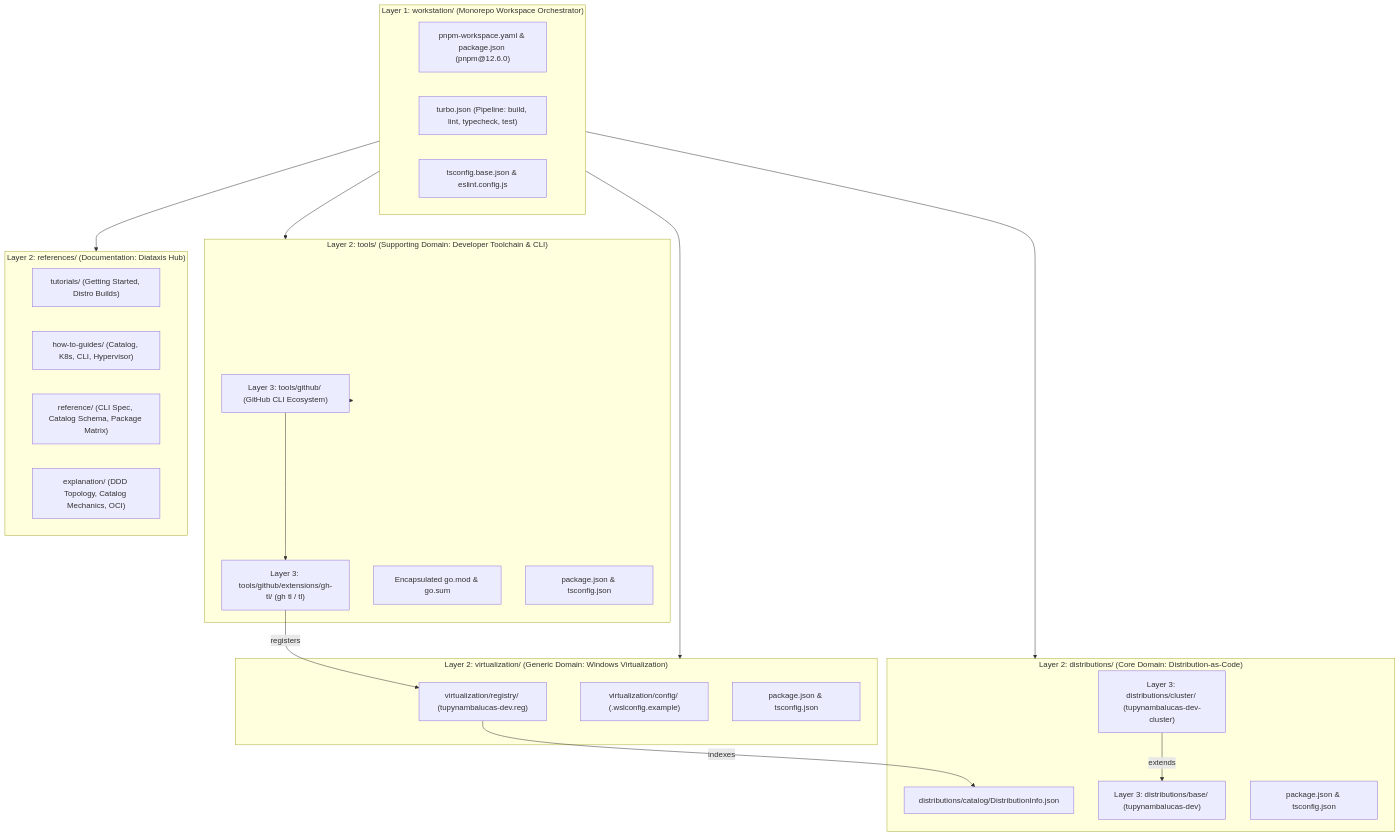
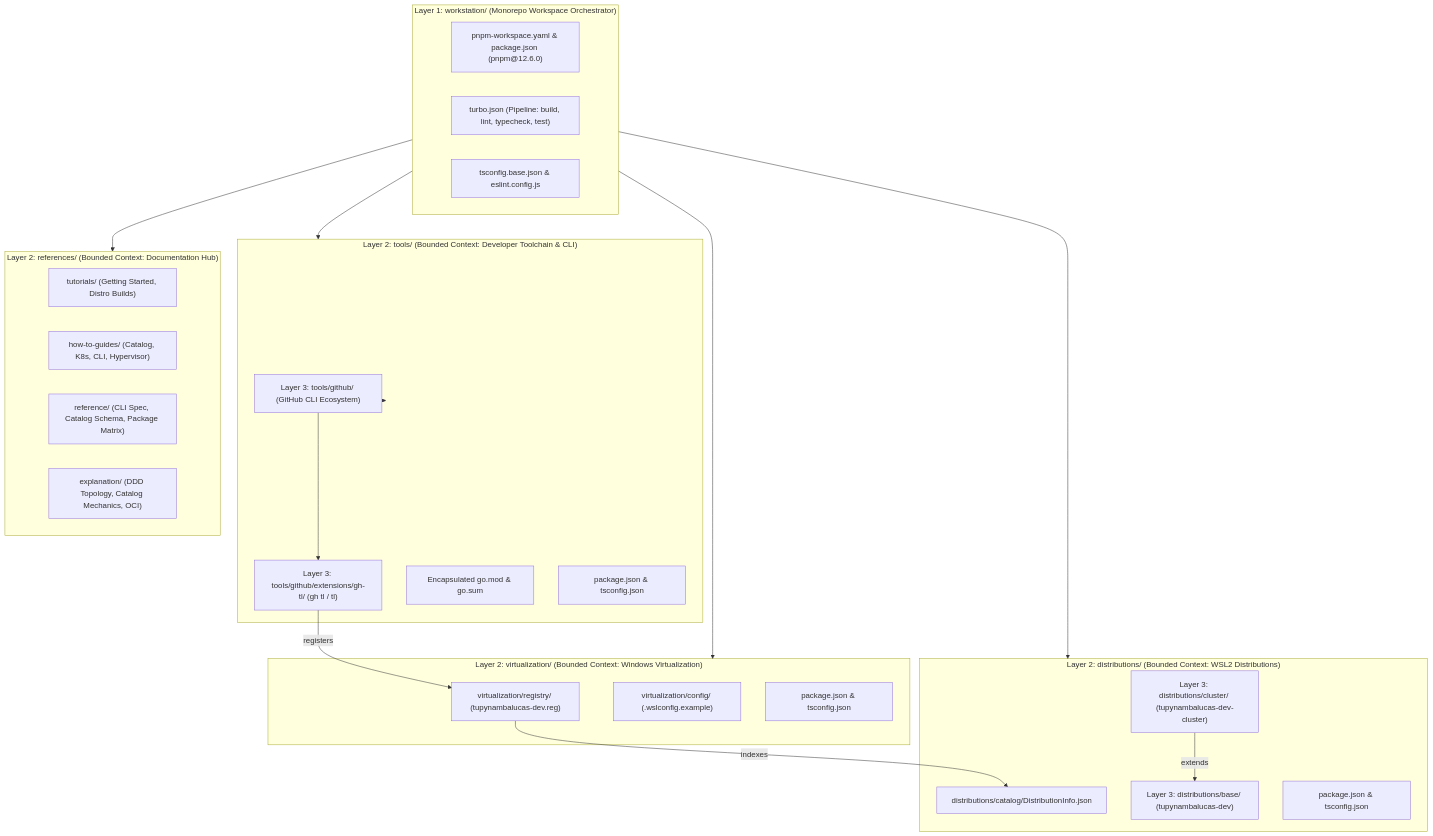
The diagram in README.md (tupynambalucas-dev/foundation), drawn with Mermaid before and after one commit. The commit also changed other lines of this file, not shown here.

Commit message:
docs(workstation): align subsystems and navigation with bounded context architecture (#8)

````diff
--- a/README.md
+++ b/README.md
@@ -11,45 +11,45 @@
 ```mermaid
 flowchart TD
     subgraph Root["Layer 1: workstation/ (Monorepo Workspace Orchestrator)"]
         PNPM["pnpm-workspace.yaml & package.json (pnpm@12.6.0)"]
         Turbo["turbo.json (Pipeline: build, lint, typecheck, test)"]
         TSConfig["tsconfig.base.json & eslint.config.js"]
     end
 
-    subgraph Distros["Layer 2: distributions/ (Core Domain: Distribution-as-Code)"]
+    subgraph Distros["Layer 2: distributions/ (Bounded Context: WSL2 Distributions)"]
         Catalog["distributions/catalog/DistributionInfo.json"]
         BaseDistro["Layer 3: distributions/base/ (tupynambalucas-dev)"]
         ClusterDistro["Layer 3: distributions/cluster/ (tupynambalucas-dev-cluster)"]
         DistroPkg["package.json & tsconfig.json"]
     end
 
-    subgraph Tools["Layer 2: tools/ (Supporting Domain: Developer Toolchain & CLI)"]
+    subgraph Tools["Layer 2: tools/ (Bounded Context: Developer Toolchain & CLI)"]
         GHWorkspace["Layer 3: tools/github/ (GitHub CLI Ecosystem)"]
         CLIExt["Layer 3: tools/github/extensions/gh-tl/ (gh tl / tl)"]
         GoToolchain["Encapsulated go.mod & go.sum"]
         ToolsPkg["package.json & tsconfig.json"]
     end
 
-    subgraph Virt["Layer 2: virtualization/ (Generic Domain: Windows Virtualization)"]
+    subgraph Virt["Layer 2: virtualization/ (Bounded Context: Windows Virtualization)"]
         Reg["virtualization/registry/ (tupynambalucas-dev.reg)"]
         WslCfg["virtualization/config/ (.wslconfig.example)"]
         VirtPkg["package.json & tsconfig.json"]
     end
 
-    subgraph Refs["Layer 2: references/ (Documentation: Diataxis Hub)"]
+    subgraph Refs["Layer 2: references/ (Bounded Context: Documentation Hub)"]
         Tutorials["tutorials/ (Getting Started, Distro Builds)"]
         HowTos["how-to-guides/ (Catalog, K8s, CLI, Hypervisor)"]
         Reference["reference/ (CLI Spec, Catalog Schema, Package Matrix)"]
         Explanation["explanation/ (DDD Topology, Catalog Mechanics, OCI)"]
     end
 
     Root --> Distros
     Root --> Tools
     Root --> Virt
     Root --> Refs
     Tools --> GHWorkspace
     GHWorkspace --> CLIExt
     ClusterDistro -->|extends| BaseDistro
     CLIExt -->|registers| Reg
     Reg -->|indexes| Catalog
 ```
````
